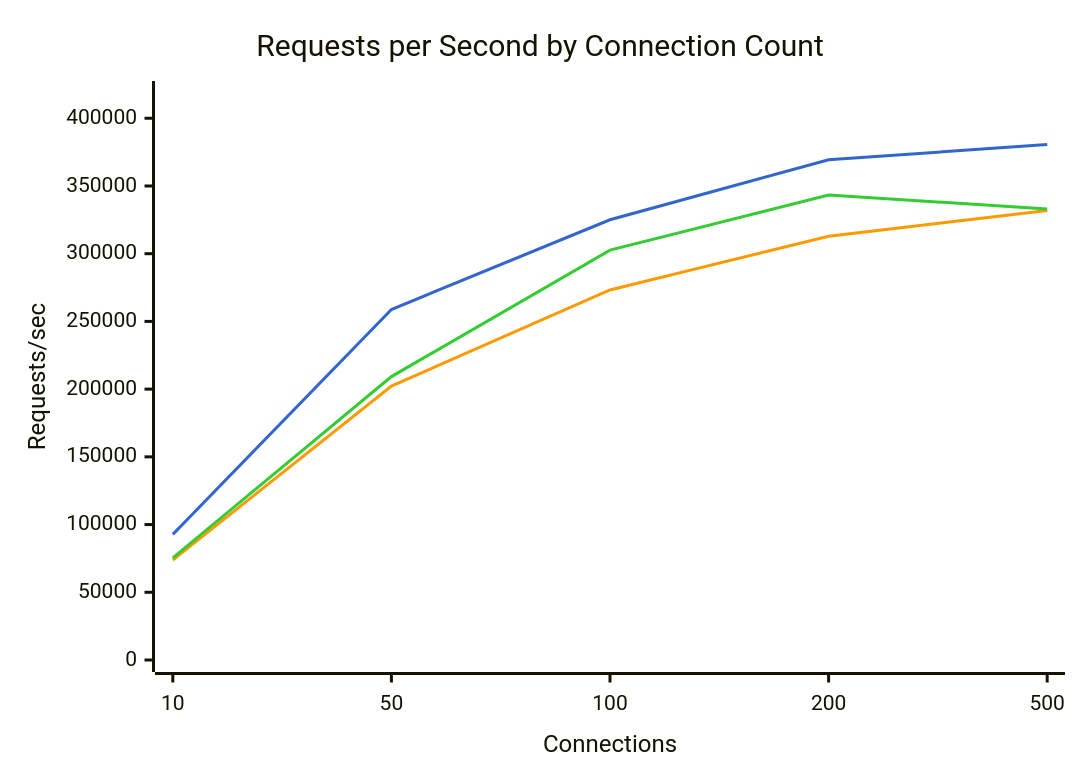
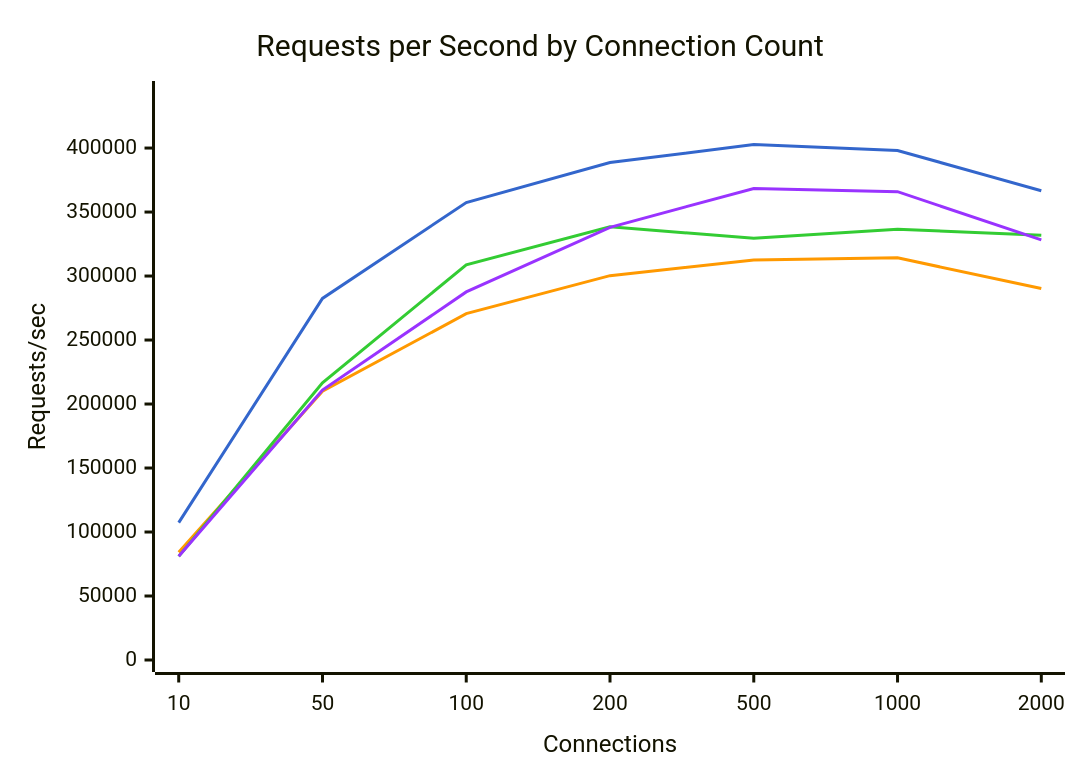
The first of 6 diagrams in docs/Bench/Azure/Standard_D4s_v5.md (youyuanwu/bypass-misc), drawn with Mermaid before and after one commit. The commit also changed other lines of this file and 15 other files, not shown here.

````diff
--- a/docs/Bench/Azure/Standard_D4s_v5.md
+++ b/docs/Bench/Azure/Standard_D4s_v5.md
@@ -27,15 +40,16 @@
 ```mermaid
 ---
 config:
     themeVariables:
         xyChart:
-            plotColorPalette: "#3366cc, #ff9900, #33cc33"
+            plotColorPalette: "#3366cc, #ff9900, #33cc33, #9933ff"
 ---
 xychart-beta
     title "Requests per Second by Connection Count"
-    x-axis "Connections" [10, 50, 100, 200, 500]
-    y-axis "Requests/sec" 0 --> 418646
-    line "dpdk" [92766, 258799, 325051, 369400, 380588]
-    line "tokio" [73849, 202209, 273225, 312871, 331845]
-    line "tokio-local" [75413, 209256, 302620, 343349, 332943]
+    x-axis "Connections" [10, 50, 100, 200, 500, 1000, 2000]
+    y-axis "Requests/sec" 0 --> 443014
+    line "dpdk" [107316, 282510, 357436, 388702, 402740, 398109, 366644]
+    line "tokio" [84173, 209955, 270598, 300315, 312454, 314250, 290236]
+    line "tokio-local" [80957, 216641, 308777, 338423, 329479, 336594, 331776]
+    line "kimojio" [81029, 210880, 287580, 338067, 368436, 365898, 328267]
 ```
````
